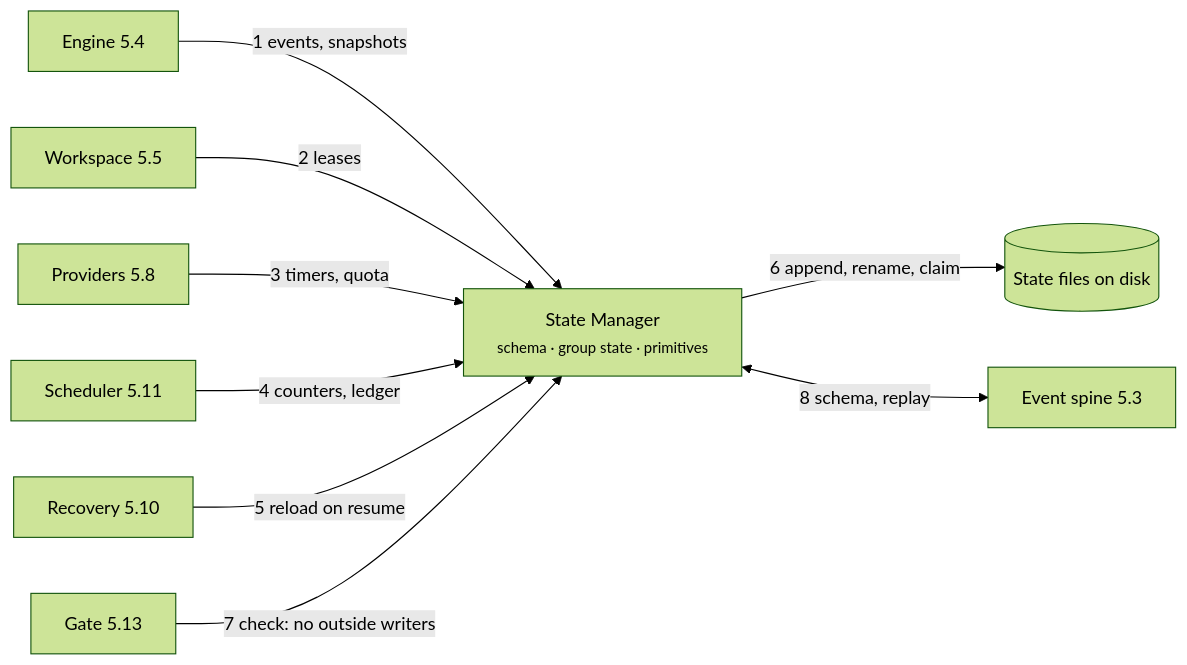
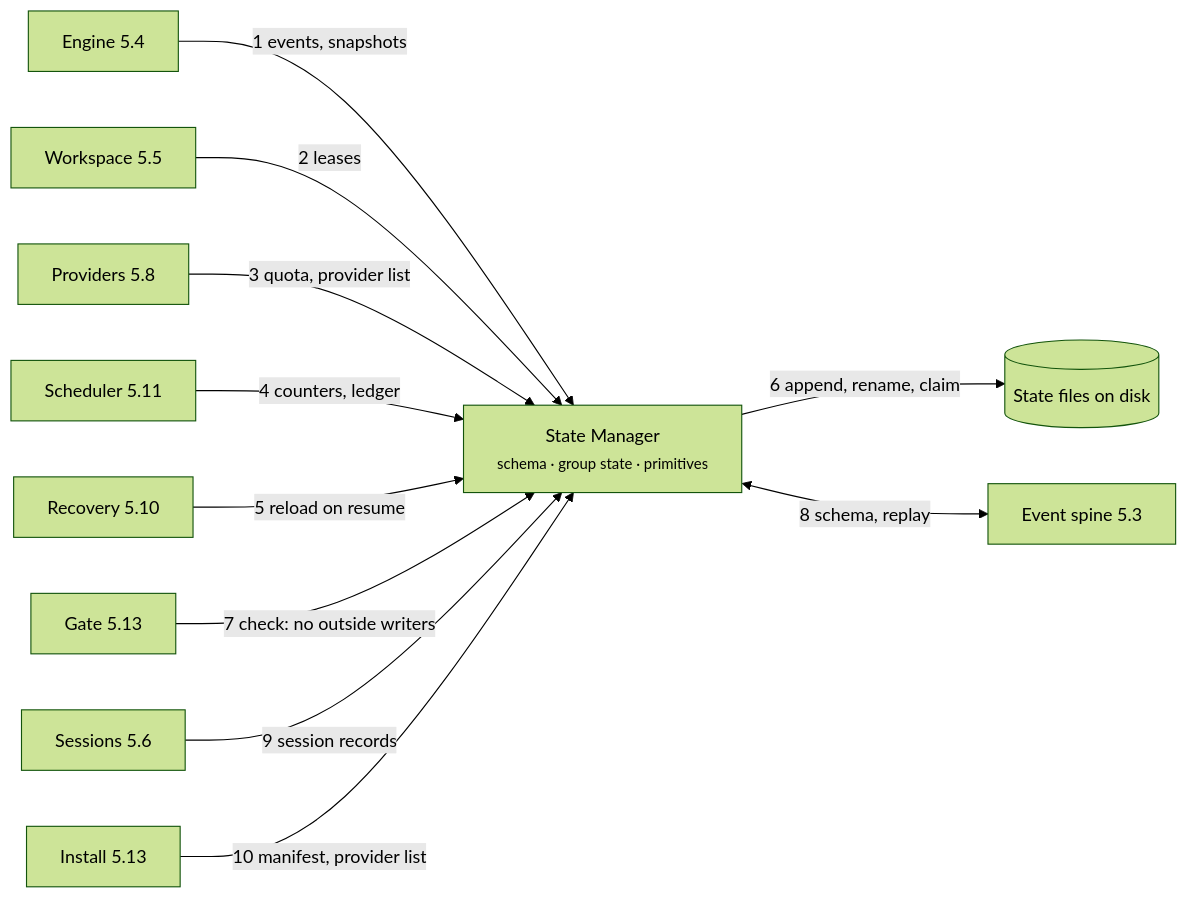
One commit to rdevitto86/komodo-agentic-harness-coding changed diagram 31 of 45 in docs/hld.md. Above: the diagram before and after it, drawn with Mermaid (forest theme). The commit also changed other lines of this file, not shown here.

````diff
--- a/docs/hld.md
+++ b/docs/hld.md
@@ -1466,20 +1475,24 @@
 ```mermaid
 flowchart LR
   EN["Engine 5.4"]
   WS["Workspace 5.5"]
   PR["Providers 5.8"]
   SC["Scheduler 5.11"]
   RC["Recovery 5.10"]
+  SE["Sessions 5.6"]
+  IL["Install 5.13"]
   SM["State Manager<br><small>schema · group state · primitives</small>"]:::core
   DK[("State files on disk")]:::store
   GT["Gate 5.13"]
   SP["Event spine 5.3"]
   EN -->|"1 events, snapshots"| SM
   WS -->|"2 leases"| SM
-  PR -->|"3 timers, quota"| SM
+  PR -->|"3 quota, provider list"| SM
   SC -->|"4 counters, ledger"| SM
   RC -->|"5 reload on resume"| SM
   SM -->|"6 append, rename, claim"| DK
   GT -->|"7 check: no outside writers"| SM
   SM <-->|"8 schema, replay"| SP
+  SE -->|"9 session records"| SM
+  IL -->|"10 manifest, provider list"| SM
 ```
````
